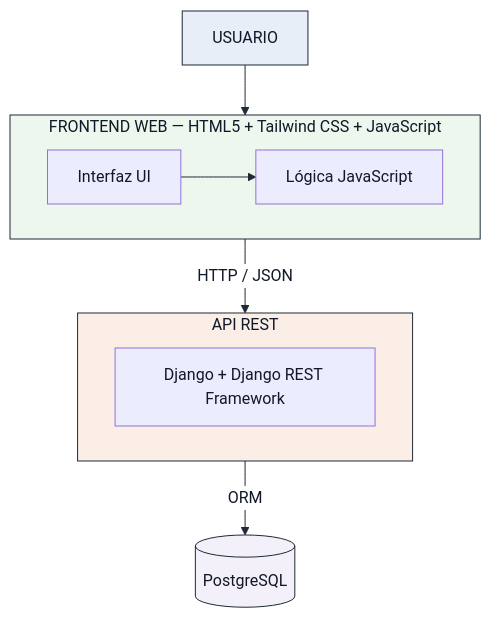
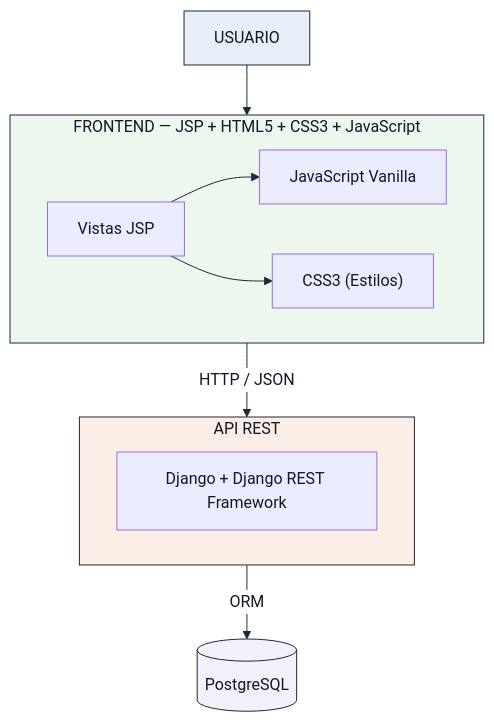
One commit to Darksam03/RuralConecta-ProyectoWeb changed the second of 8 diagrams in docs/arquitectura/estructura-frontend.md. Above: the diagram before and after it, drawn with Mermaid. The commit also changed other lines of this file and 4 other files, not shown here.

````diff
--- a/docs/arquitectura/estructura-frontend.md
+++ b/docs/arquitectura/estructura-frontend.md
@@ -85,25 +95,27 @@
 ```mermaid
 %%{init: {'themeVariables': {'textColor':'#111827','primaryTextColor':'#111827','primaryColor':'#eef2f7','primaryBorderColor':'#1f2937','lineColor':'#1f2937','secondaryColor':'#eef2f7','tertiaryColor':'#f3f4f6','edgeLabelBackground':'#ffffff'}}}%%
 flowchart TD
     U["USUARIO"]
     U --> F
 
-    subgraph F["FRONTEND WEB — HTML5 + Tailwind CSS + JavaScript"]
-        UI["Interfaz UI"]
-        JS["Lógica JavaScript"]
+    subgraph F["FRONTEND — JSP + HTML5 + CSS3 + JavaScript"]
+        UI["Vistas JSP"]
+        CSS["CSS3 (Estilos)"]
+        JS["JavaScript Vanilla"]
         UI --> JS
+        UI --> CSS
     end
 
     F -->|"HTTP / JSON"| API
 
     subgraph API["API REST"]
         DRF["Django + Django REST Framework"]
     end
 
     API -->|"ORM"| DB[("PostgreSQL")]
 
     style U fill:#e8eef7,stroke:#1f2937,color:#111827
     style F fill:#eef7ee,stroke:#1f2937,color:#111827
     style API fill:#fbeee6,stroke:#1f2937,color:#111827
     style DB fill:#f3f0fa,stroke:#1f2937,color:#111827
 ```
````
